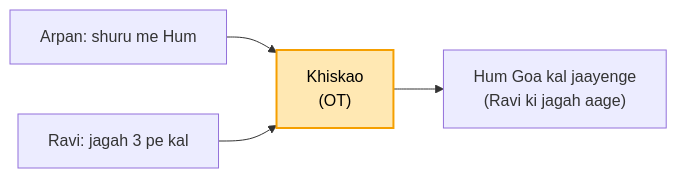
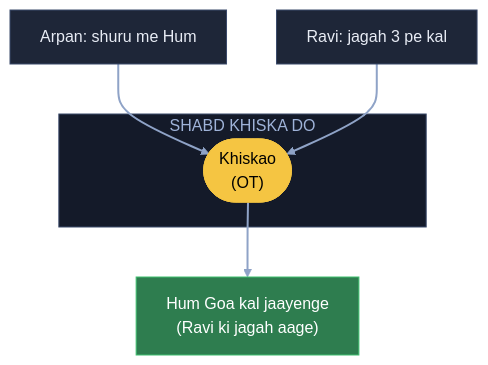
The third of 7 diagrams in 04_HLD/SYSTEM_DESIGNS/11_google_docs_collab/11_google_docs_collab.md (ArpanMaheshwari144/Prep), drawn with Mermaid before and after one commit. The commit also changed other lines of this file, not shown here.

Commit message:
Docs: 7 diagram YouTube (reel) wale card andaaz me

````diff
--- a/04_HLD/SYSTEM_DESIGNS/11_google_docs_collab/11_google_docs_collab.md
+++ b/04_HLD/SYSTEM_DESIGNS/11_google_docs_collab/11_google_docs_collab.md
@@ -78,7 +100,18 @@
 ```mermaid
-flowchart LR
-    A["Arpan: shuru me Hum"] --> S["Khiskao<br/>(OT)"]
-    R["Ravi: jagah 3 pe kal"] --> S
-    S --> F["Hum Goa kal jaayenge<br/>(Ravi ki jagah aage)"]
-    style S fill:#ffe8b3,stroke:#f59f00,stroke-width:2px,color:#000
+flowchart TB
+    A["Arpan: shuru me Hum"]:::card
+    R["Ravi: jagah 3 pe kal"]:::card
+    subgraph KH["SHABD KHISKA DO"]
+        S(["Khiskao<br/>(OT)"]):::pill
+    end
+    F["Hum Goa kal jaayenge<br/>(Ravi ki jagah aage)"]:::good
+    A --> S
+    R --> S
+    S --> F
+    linkStyle default stroke:#8fa3c7,stroke-width:2px
+    classDef card fill:#1e2638,stroke:#3a4a6b,color:#e8ecf5
+    classDef pill fill:#f5c542,stroke:#f5c542,color:#000
+    classDef good fill:#2e7d4f,stroke:#3fbf6f,color:#fff
+    classDef bad fill:#5c1f24,stroke:#e05561,color:#fff
+    style KH fill:#141a29,stroke:#3a4a6b,color:#9fb3d9
 ```
````
